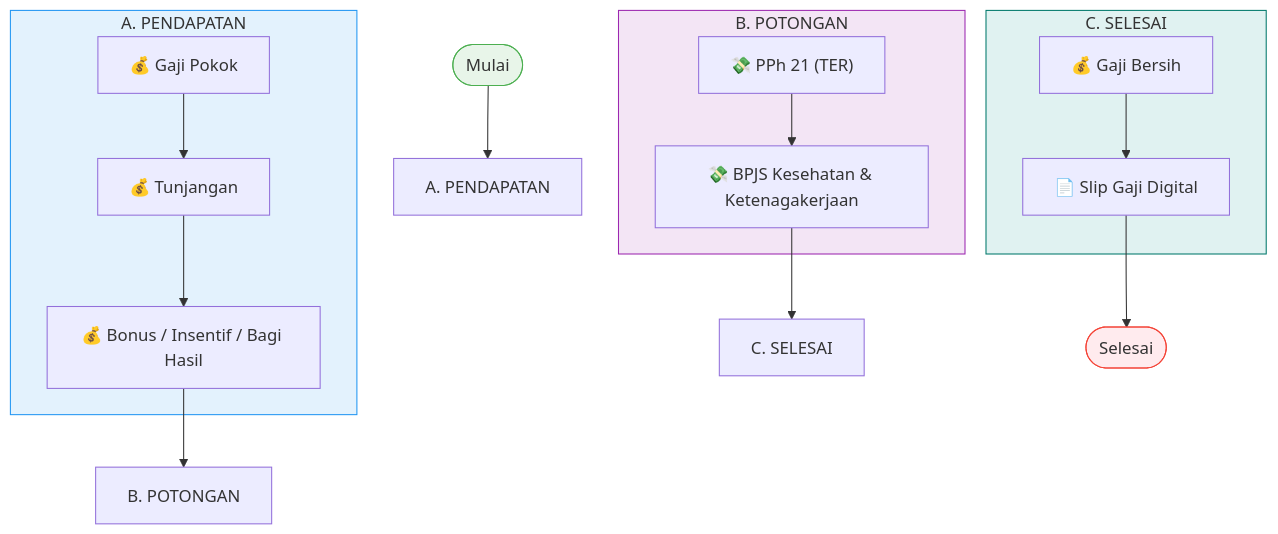
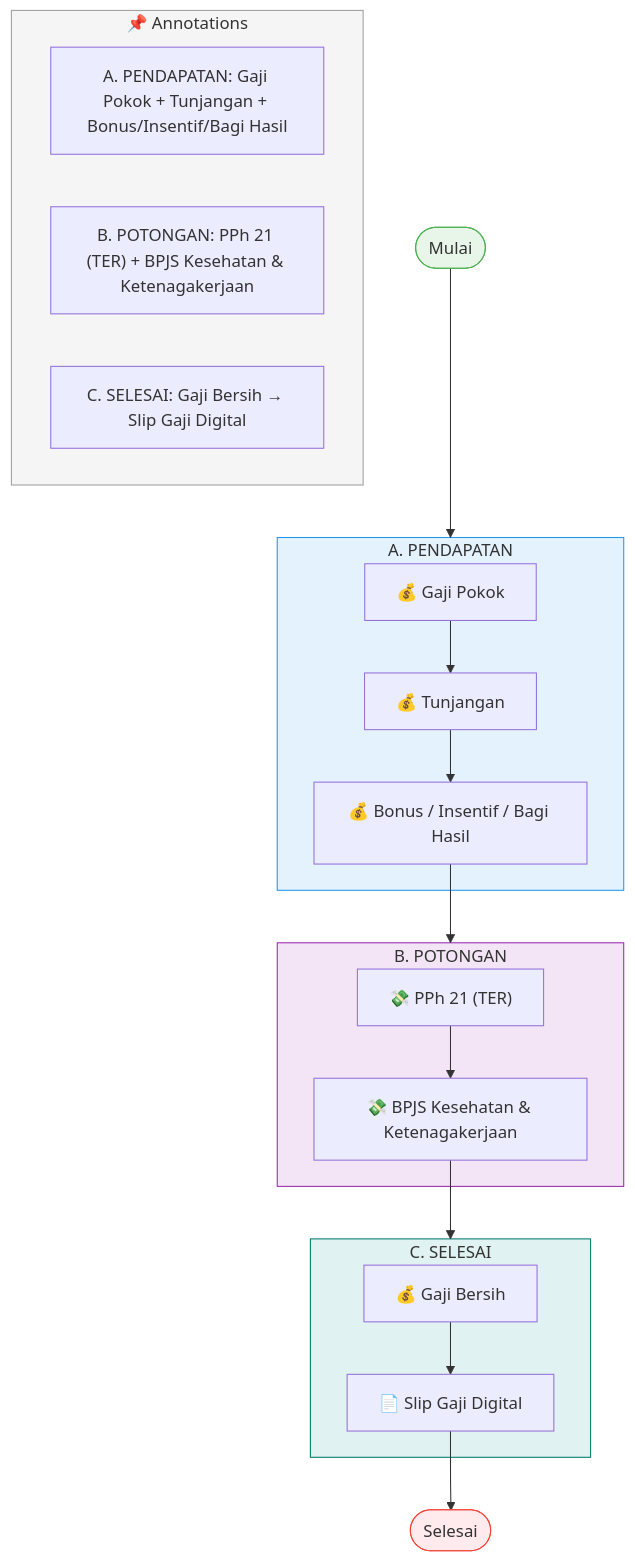
Before and after one commit to mad-af/sim-clinic-documentation: the diagram in Diagram/01-finance/payroll-staff-dan-dokter.mmd, drawn with Mermaid.

Commit message:
Add annotations to payroll diagram
Add a new subgraph for annotations to the payroll flowchart, clarifying
the components of income, deductions, and the final calculation.

```diff
--- a/Diagram/01-finance/payroll-staff-dan-dokter.mmd
+++ b/Diagram/01-finance/payroll-staff-dan-dokter.mmd
@@ -1,28 +1,35 @@
 flowchart TD
-    Start([Mulai]) --> A["A. PENDAPATAN"]
+    Start([Mulai]) --> A_Pendapatan
 
     subgraph A_Pendapatan["A. PENDAPATAN"]
         A1["💰 Gaji Pokok"] --> A2["💰 Tunjangan"]
         A2 --> A3["💰 Bonus / Insentif / Bagi Hasil"]
     end
 
-    A3 --> B["B. POTONGAN"]
+    A3 --> B_Potongan
 
     subgraph B_Potongan["B. POTONGAN"]
         B1["💸 PPh 21 (TER)"] --> B2["💸 BPJS Kesehatan & Ketenagakerjaan"]
     end
 
-    B2 --> C["C. SELESAI"]
+    B2 --> C_Selesai
 
     subgraph C_Selesai["C. SELESAI"]
         C1["💰 Gaji Bersih"] --> C2["📄 Slip Gaji Digital"]
     end
 
     C2 --> End([Selesai])
 
+    subgraph Annotations["📌 Annotations"]
+        ANN1["A. PENDAPATAN: Gaji Pokok + Tunjangan + Bonus/Insentif/Bagi Hasil"]
+        ANN2["B. POTONGAN: PPh 21 (TER) + BPJS Kesehatan & Ketenagakerjaan"]
+        ANN3["C. SELESAI: Gaji Bersih → Slip Gaji Digital"]
+    end
+
     %% ==================== STYLES ====================
     style Start fill:#E8F5E9,stroke:#4CAF50
     style End fill:#FFEBEE,stroke:#F44336
     style A_Pendapatan fill:#E3F2FD,stroke:#2196F3
     style B_Potongan fill:#F3E5F5,stroke:#9C27B0
     style C_Selesai fill:#E0F2F1,stroke:#00796B
+    style Annotations fill:#F5F5F5,stroke:#9E9E9E
```
